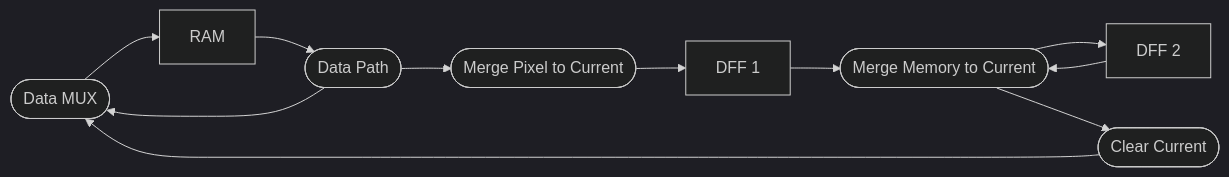
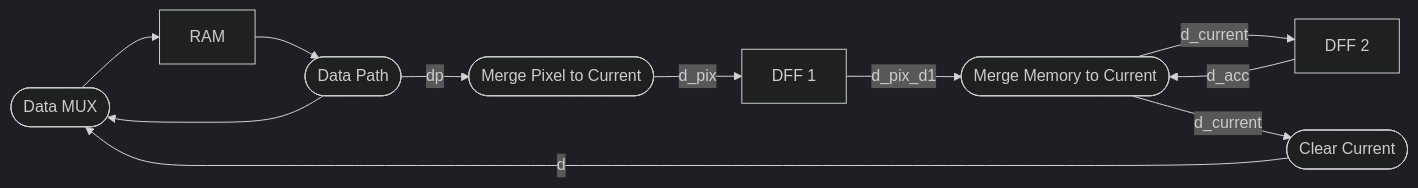
One commit to Topi-ab/linkruncca changed the second of 2 diagrams in doc/optimization_of_feature_accumulator.md. Above: the diagram before and after it, drawn with Mermaid (dark theme). The commit also changed other lines of this file, not shown here.

````diff
--- a/doc/optimization_of_feature_accumulator.md
+++ b/doc/optimization_of_feature_accumulator.md
@@ -41,22 +41,22 @@
 ```mermaid
 flowchart LR
     mux([Data MUX])
     mem[RAM]
     async_1([Data Path])
     async_2([Merge Memory to Current])
     async_3([Merge Pixel to Current])
     async_4([Clear Current])
     dff1[DFF 1]
     dff2[DFF 2]
 
     mux --> mem
     mem --> async_1
     async_1 --> mux
-    async_1 --> async_3
-    async_3 --> dff1
-    dff1 --> async_2
-    async_2 --> dff2
-    dff2 --> async_2
-    async_2 --> async_4
-    async_4 --> mux
+    async_1 -->|dp| async_3
+    async_3 -->|d_pix| dff1
+    dff1 -->|d_pix_d1| async_2
+    async_2 -->|d_current| dff2
+    dff2 -->|d_acc| async_2
+    async_2 -->|d_current| async_4
+    async_4 -->|d| mux
 ```
````
